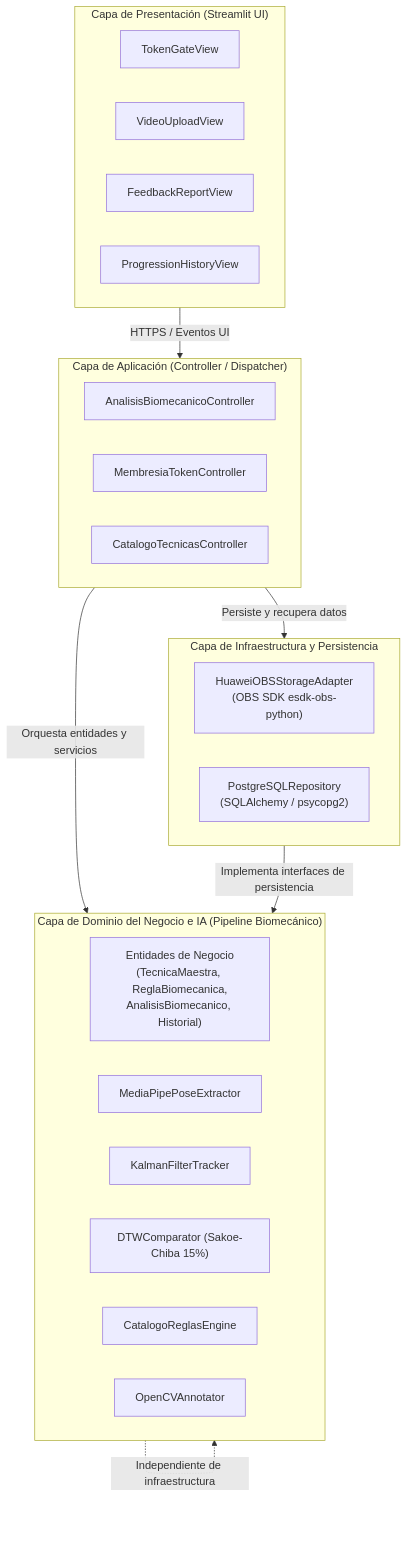
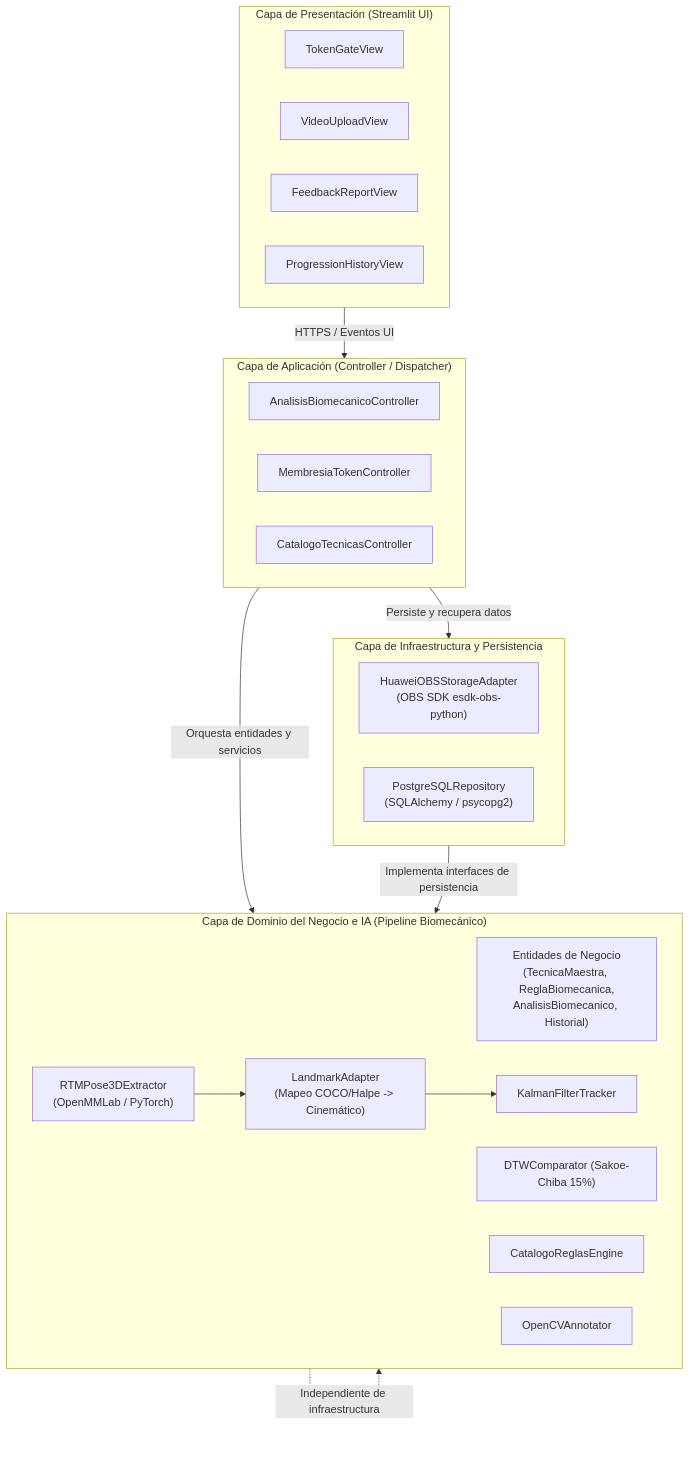
The fourth of 10 diagrams in README.md (Tsmrain/JiuJitsu), drawn with Mermaid before and after one commit. The commit also changed other lines of this file, not shown here.

Commit message:
refactor: replace MediaPipe with RTMPose as the primary pose estimation framework for improved 3D tracking accuracy

````diff
--- a/README.md
+++ b/README.md
@@ -839,35 +843,38 @@
 ```mermaid
 graph TD
     subgraph CapaPresentacion["Capa de Presentación (Streamlit UI)"]
         UI_Login["TokenGateView"]
         UI_Upload["VideoUploadView"]
         UI_Result["FeedbackReportView"]
         UI_History["ProgressionHistoryView"]
     end
 
     subgraph CapaAplicacion["Capa de Aplicación (Controller / Dispatcher)"]
         Ctrl_Analisis["AnalisisBiomecanicoController"]
         Ctrl_Auth["MembresiaTokenController"]
         Ctrl_Catalogo["CatalogoTecnicasController"]
     end
 
     subgraph CapaDominio["Capa de Dominio del Negocio e IA (Pipeline Biomecánico)"]
         Dom_Entities["Entidades de Negocio<br/>(TecnicaMaestra, ReglaBiomecanica,<br/>AnalisisBiomecanico, Historial)"]
-        Dom_Pose["MediaPipePoseExtractor"]
+        Dom_Pose["RTMPose3DExtractor<br/>(OpenMMLab / PyTorch)"]
+        Dom_Adapter["LandmarkAdapter<br/>(Mapeo COCO/Halpe -> Cinemático)"]
         Dom_Kalman["KalmanFilterTracker"]
         Dom_DTW["DTWComparator (Sakoe-Chiba 15%)"]
         Dom_Rules["CatalogoReglasEngine"]
         Dom_OpenCV["OpenCVAnnotator"]
     end
 
     subgraph CapaInfraestructura["Capa de Infraestructura y Persistencia"]
         Infra_OBS["HuaweiOBSStorageAdapter<br/>(OBS SDK esdk-obs-python)"]
         Infra_DB["PostgreSQLRepository<br/>(SQLAlchemy / psycopg2)"]
     end
 
     CapaPresentacion -->|HTTPS / Eventos UI| CapaAplicacion
     CapaAplicacion -->|Orquesta entidades y servicios| CapaDominio
     CapaAplicacion -->|Persiste y recupera datos| CapaInfraestructura
+    Dom_Pose --> Dom_Adapter
+    Dom_Adapter --> Dom_Kalman
     CapaDominio -.->|Independiente de infraestructura| CapaDominio
     CapaInfraestructura -->|Implementa interfaces de persistencia| CapaDominio
 ```
````
